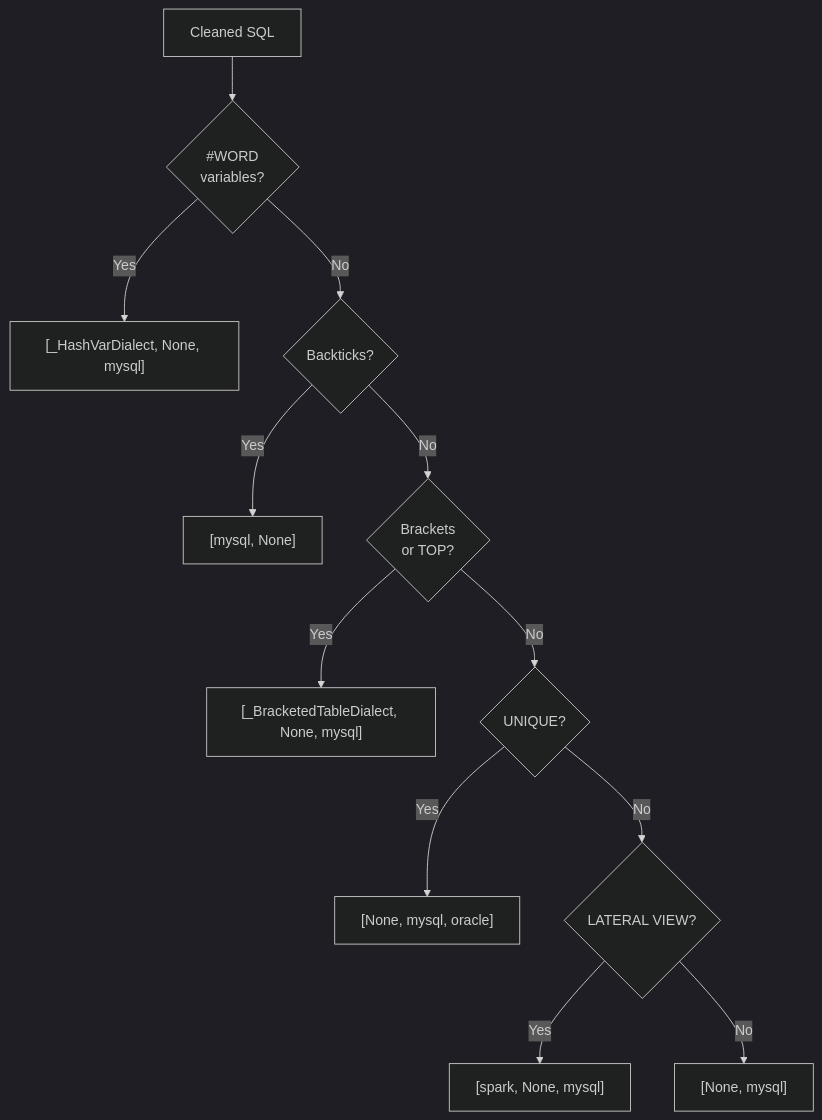
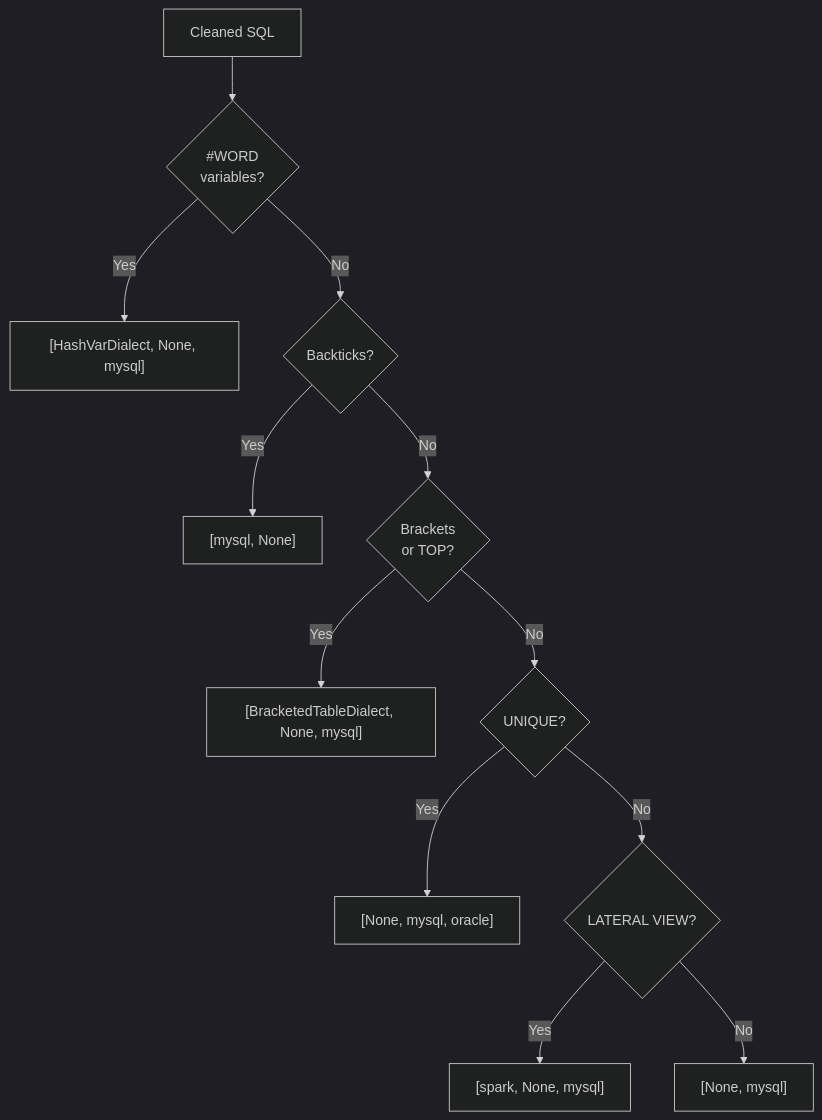
One commit to macbre/sql-metadata changed the fourth of 9 diagrams in ARCHITECTURE.md. Above: the diagram before and after it, drawn with Mermaid (dark theme). The commit also changed other lines of this file and 21 other files, not shown here.

````diff
--- a/ARCHITECTURE.md
+++ b/ARCHITECTURE.md
@@ -163,15 +191,15 @@
 ```mermaid
 flowchart TD
     SQL["Cleaned SQL"]
     SQL --> H{"#WORD\nvariables?"}
-    H -->|Yes| HD["[_HashVarDialect, None, mysql]"]
+    H -->|Yes| HD["[HashVarDialect, None, mysql]"]
     H -->|No| BT{"Backticks?"}
     BT -->|Yes| MY["[mysql, None]"]
     BT -->|No| BR{"Brackets\nor TOP?"}
-    BR -->|Yes| BD["[_BracketedTableDialect, None, mysql]"]
+    BR -->|Yes| BD["[BracketedTableDialect, None, mysql]"]
     BR -->|No| UN{"UNIQUE?"}
     UN -->|Yes| UO["[None, mysql, oracle]"]
     UN -->|No| LV{"LATERAL VIEW?"}
     LV -->|Yes| SP["[spark, None, mysql]"]
     LV -->|No| DF["[None, mysql]"]
 ```
````
